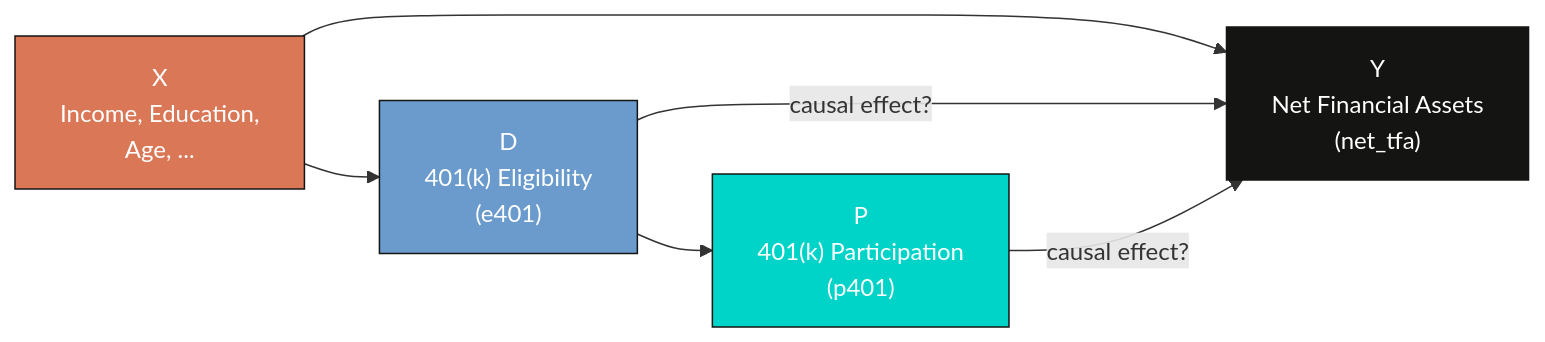
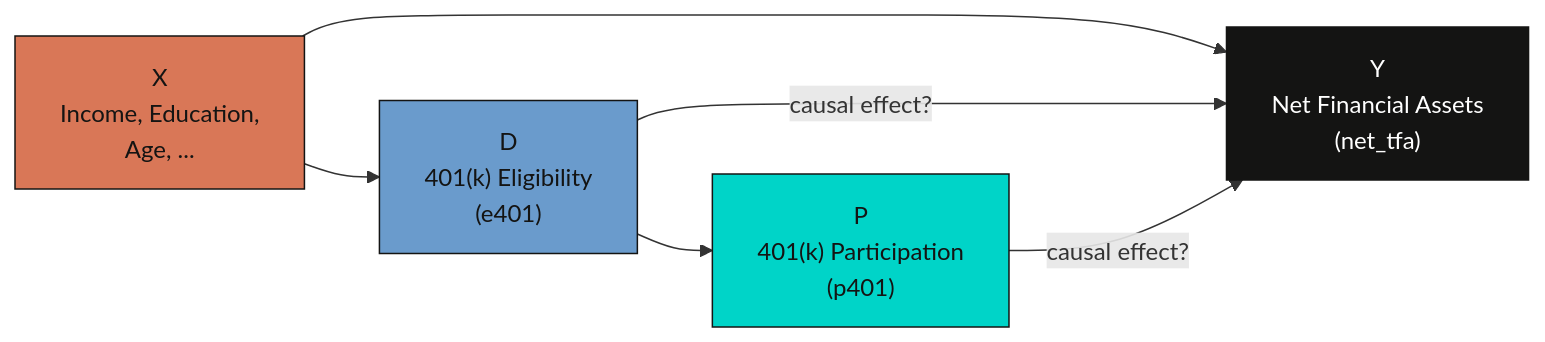
The first of 2 diagrams in content/post/python_doubleml_pension/index.md (cmg777/starter-academic-v501), drawn with Mermaid before and after one commit. The commit also changed other lines of this file and 67 other files, not shown here.

First line of the commit message:
fix(mermaid): readable diagram text in both themes across the site

````diff
--- a/content/post/python_doubleml_pension/index.md
+++ b/content/post/python_doubleml_pension/index.md
@@ -243,13 +243,13 @@
 ```mermaid
 graph LR
     X["X<br/>Income, Education,<br/>Age, ..."] --> D["D<br/>401(k) Eligibility<br/>(e401)"]
     X --> Y["Y<br/>Net Financial Assets<br/>(net_tfa)"]
     D --> P["P<br/>401(k) Participation<br/>(p401)"]
     D -->|"causal effect?"| Y
     P -->|"causal effect?"| Y
 
-    style X fill:#d97757,stroke:#141413,color:#fff
-    style D fill:#6a9bcc,stroke:#141413,color:#fff
-    style P fill:#00d4c8,stroke:#141413,color:#fff
+    style X fill:#d97757,stroke:#141413,color:#141413
+    style D fill:#6a9bcc,stroke:#141413,color:#141413
+    style P fill:#00d4c8,stroke:#141413,color:#141413
     style Y fill:#141413,stroke:#141413,color:#fff
 ```
````
